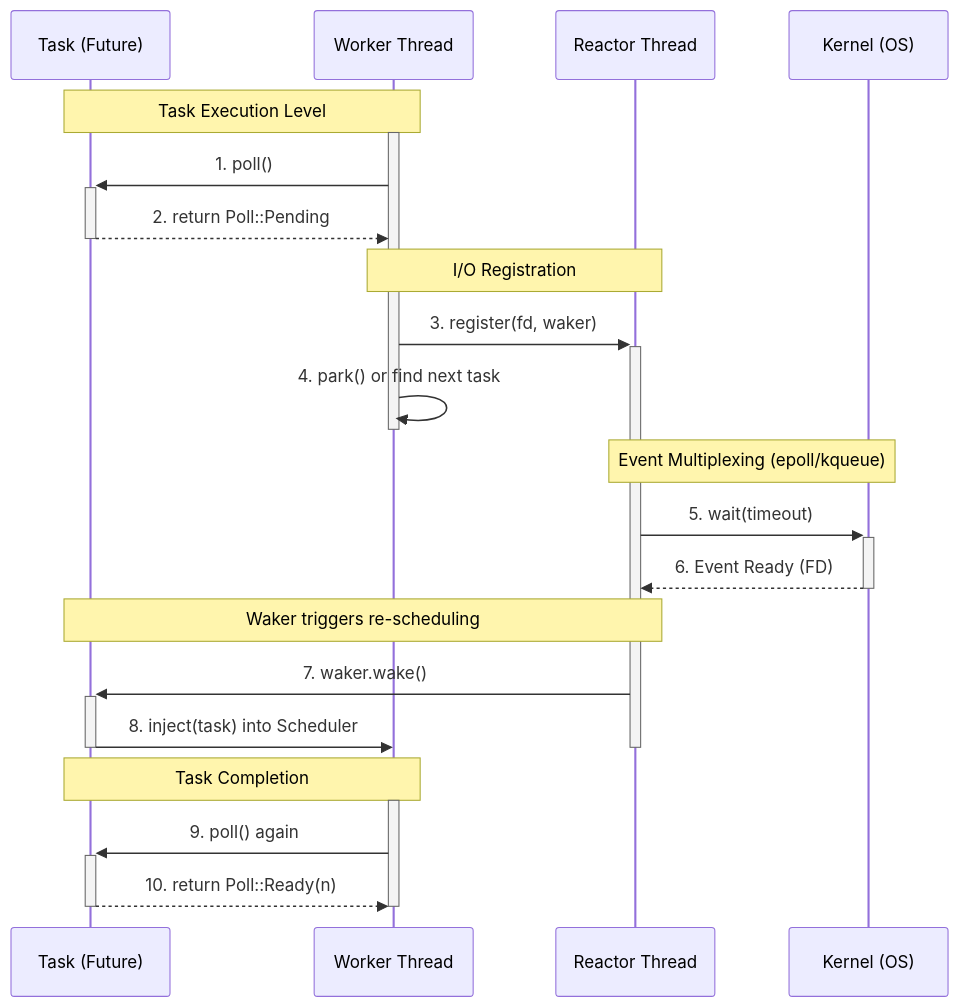
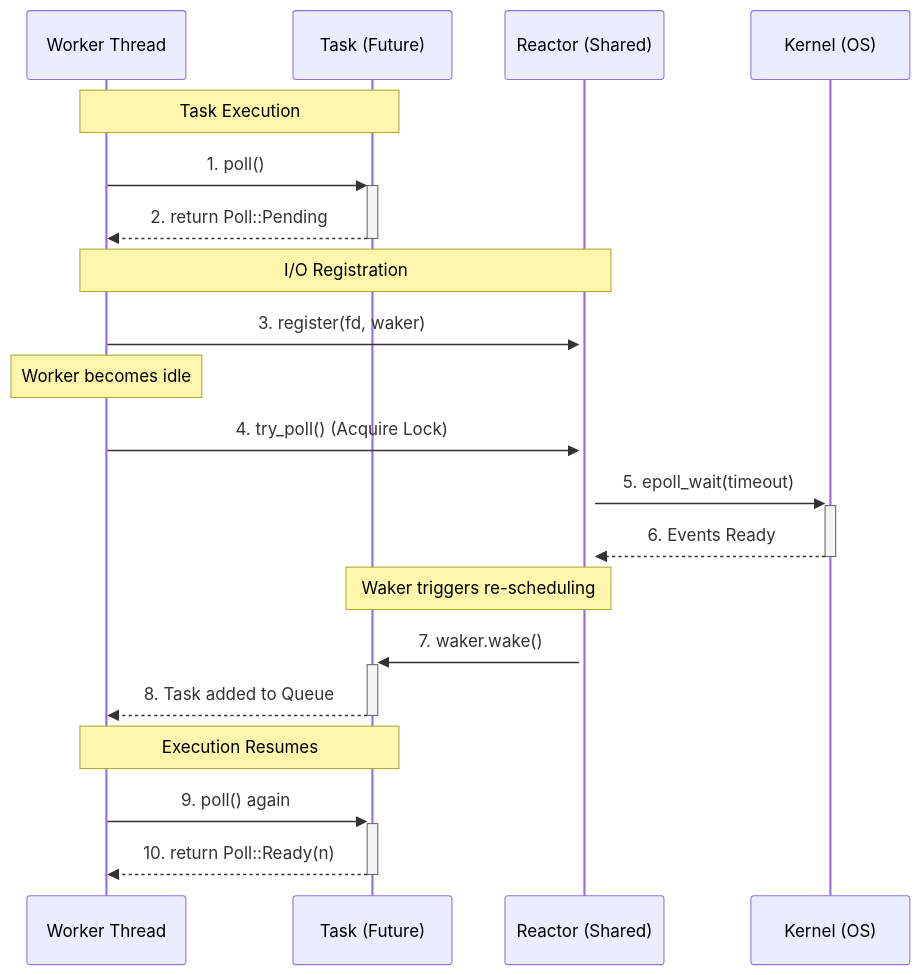
Before and after one commit to RoseWrightdev/runtime: the first of 3 diagrams in README.md, drawn with Mermaid. The commit also changed other lines of this file and 6 other files, not shown here.

Commit message:
refactor: replace dedicated reactor thread with inline worker-driven polling

````diff
--- a/README.md
+++ b/README.md
@@ -14,33 +13,27 @@
 ```mermaid
 sequenceDiagram
+    participant W as Worker Thread
     participant T as Task (Future)
-    participant W as Worker Thread
-    participant R as Reactor Thread
+    participant R as Reactor (Shared)
     participant K as Kernel (OS)
 
-    Note over W,T: Task Execution Level
-    activate W
+    Note over W,T: Task Execution
     W->>+T: 1. poll()
     T-->>-W: 2. return Poll::Pending
     
     Note over W,R: I/O Registration
     W->>+R: 3. register(fd, waker)
-    W->>W: 4. park() or find next task
-    deactivate W
-
-    Note over R,K: Event Multiplexing (epoll/kqueue)
-    R->>+K: 5. wait(timeout)
-    K-->>-R: 6. Event Ready (FD)
+    
+    Note over W: Worker becomes idle
+    W->>+R: 4. try_poll() (Acquire Lock)
+    R->>+K: 5. epoll_wait(timeout)
+    K-->>-R: 6. Events Ready
     
     Note over R,T: Waker triggers re-scheduling
     R->>+T: 7. waker.wake()
-    T->>W: 8. inject(task) into Scheduler
-    deactivate T
-    deactivate R
+    T-->>-W: 8. Task added to Queue
     
-    Note over W,T: Task Completion
-    activate W
+    Note over W,T: Execution Resumes
     W->>+T: 9. poll() again
     T-->>-W: 10. return Poll::Ready(n)
-    deactivate W
 ```
````
